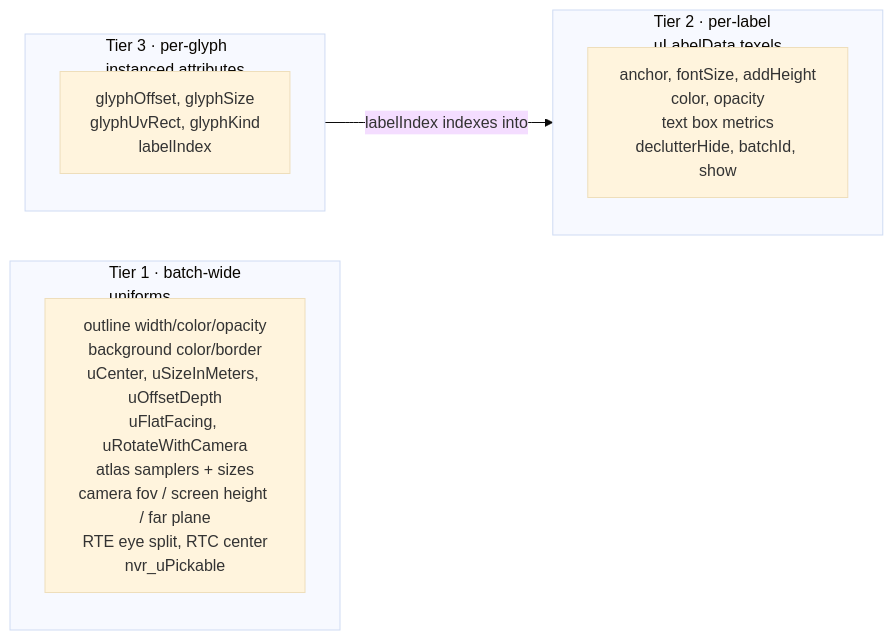
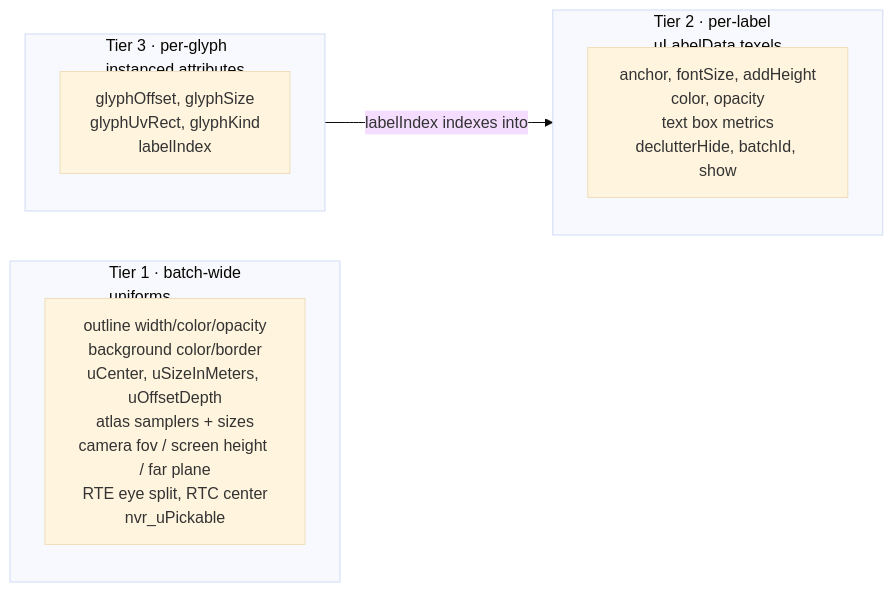
Before and after one commit to maplibre/navara: the diagram in guide/TEXT_BATCHING.md, drawn with Mermaid (base theme). The commit also changed other lines of this file and 32 other files, not shown here.

````diff
--- a/guide/TEXT_BATCHING.md
+++ b/guide/TEXT_BATCHING.md
@@ -30,13 +30,13 @@
 ```mermaid
 flowchart LR
   subgraph U["Tier 1 · batch-wide<br/>uniforms"]
-    U1["outline width/color/opacity<br/>background color/border<br/>uCenter, uSizeInMeters, uOffsetDepth<br/>uFlatFacing, uRotateWithCamera<br/>atlas samplers + sizes<br/>camera fov / screen height / far plane<br/>RTE eye split, RTC center<br/>nvr_uPickable"]
+    U1["outline width/color/opacity<br/>background color/border<br/>uCenter, uSizeInMeters, uOffsetDepth<br/>atlas samplers + sizes<br/>camera fov / screen height / far plane<br/>RTE eye split, RTC center<br/>nvr_uPickable"]
   end
   subgraph L["Tier 2 · per-label<br/>uLabelData texels"]
     L1["anchor, fontSize, addHeight<br/>color, opacity<br/>text box metrics<br/>declutterHide, batchId, show"]
   end
   subgraph G["Tier 3 · per-glyph<br/>instanced attributes"]
     G1["glyphOffset, glyphSize<br/>glyphUvRect, glyphKind<br/>labelIndex"]
   end
   G -->|"labelIndex indexes into"| L
 ```
````
